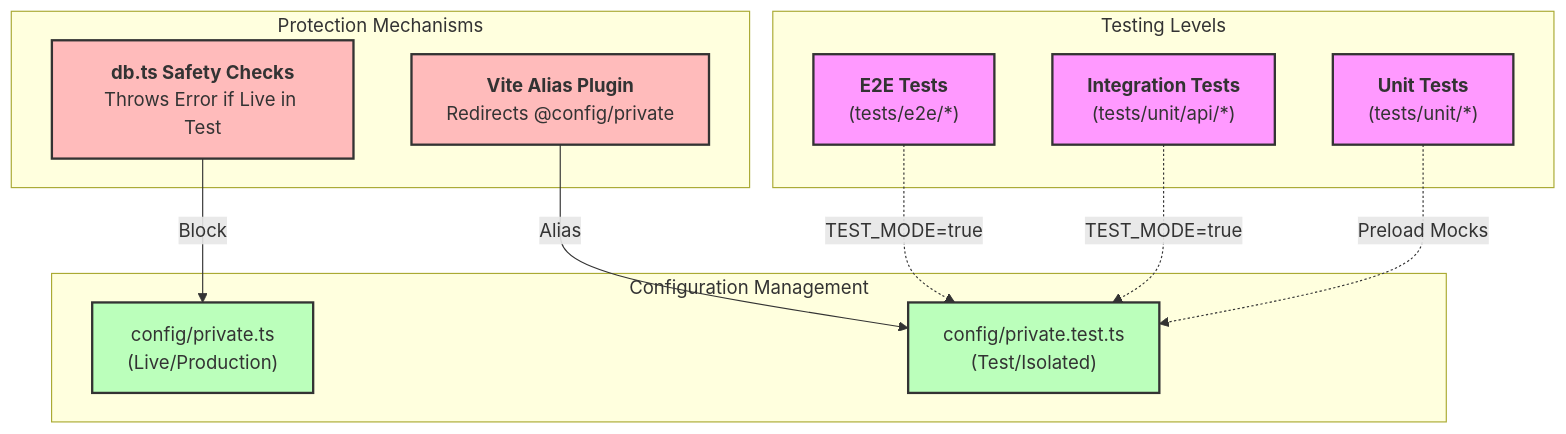
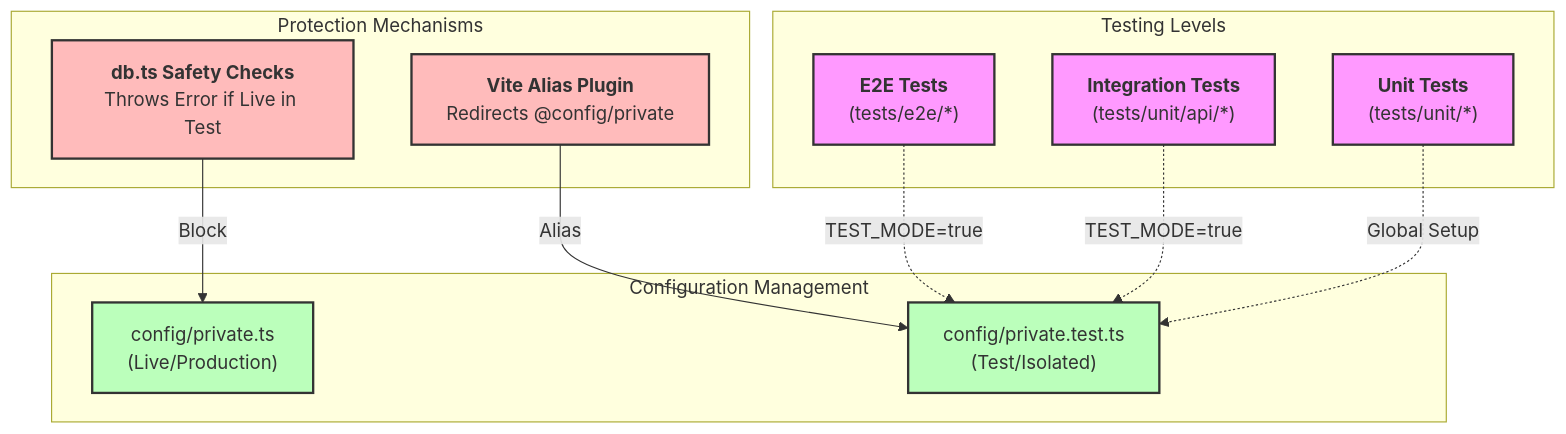
The diagram in docs/tests/index.mdx (TamoorArif/SveltyCMS), drawn with Mermaid before and after one commit. The commit also changed other lines of this file and 11 other files, not shown here.

Commit message:
refactor: Consolidate unit test setup and mocks into `setup.ts`, remove redundant test files, and update test documentation and CI configuration.

````diff
--- a/docs/tests/index.mdx
+++ b/docs/tests/index.mdx
@@ -57,33 +57,33 @@
 ```mermaid
 graph TD
     subgraph "Testing Levels"
         Unit["<b>Unit Tests</b><br/>(tests/unit/*)"]
         Int["<b>Integration Tests</b><br/>(tests/unit/api/*)"]
         E2E["<b>E2E Tests</b><br/>(tests/e2e/*)"]
     end
 
     subgraph "Configuration Management"
         PC["config/private.ts<br/>(Live/Production)"]
         PT["config/private.test.ts<br/>(Test/Isolated)"]
     end
 
-    Unit -.-> |Preload Mocks| PT
+    Unit -.-> |Global Setup| PT
     Int -.-> |TEST_MODE=true| PT
     E2E -.-> |TEST_MODE=true| PT
 
     subgraph "Protection Mechanisms"
         VitePlugin["<b>Vite Alias Plugin</b><br/>Redirects @config/private"]
         DBProtection["<b>db.ts Safety Checks</b><br/>Throws Error if Live in Test"]
     end
 
     VitePlugin --> |Alias| PT
     DBProtection --> |Block| PC
 
     classDef test fill:#f9f,stroke:#333,stroke-width:2px;
     classDef config fill:#bfb,stroke:#333,stroke-width:2px;
     classDef protection fill:#fbb,stroke:#333,stroke-width:2px;
 
     class Unit,Int,E2E test;
     class PC,PT config;
     class VitePlugin,DBProtection protection;
 ```
````
